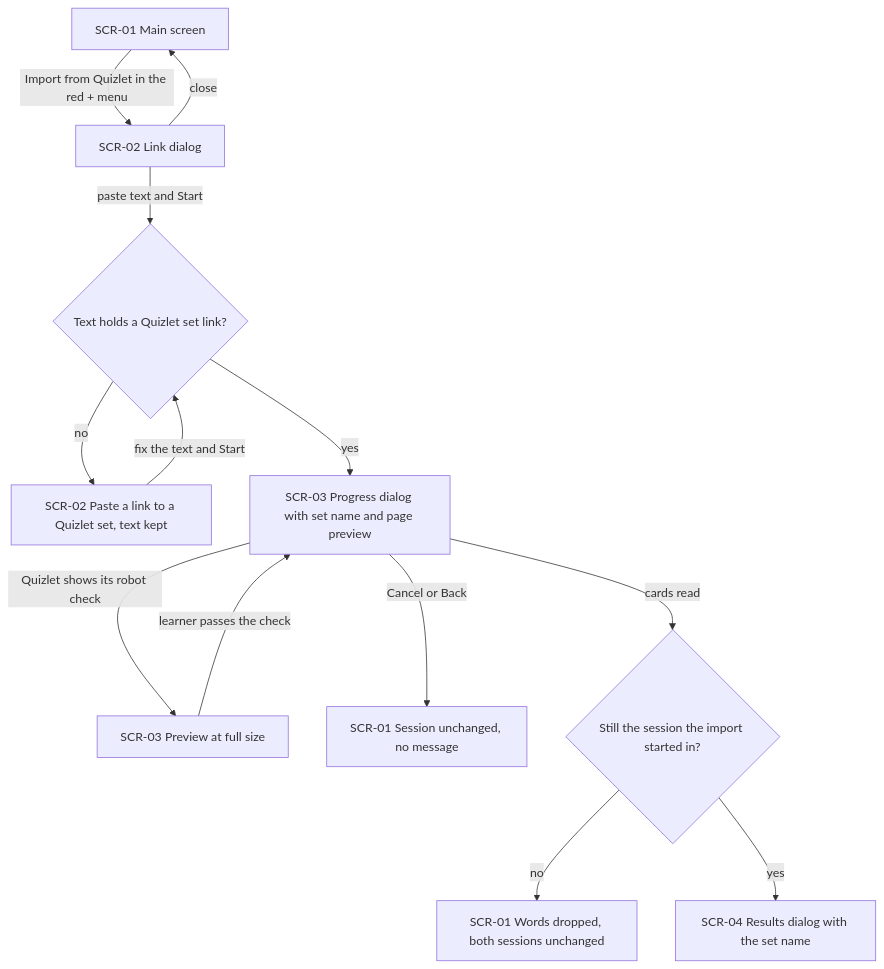
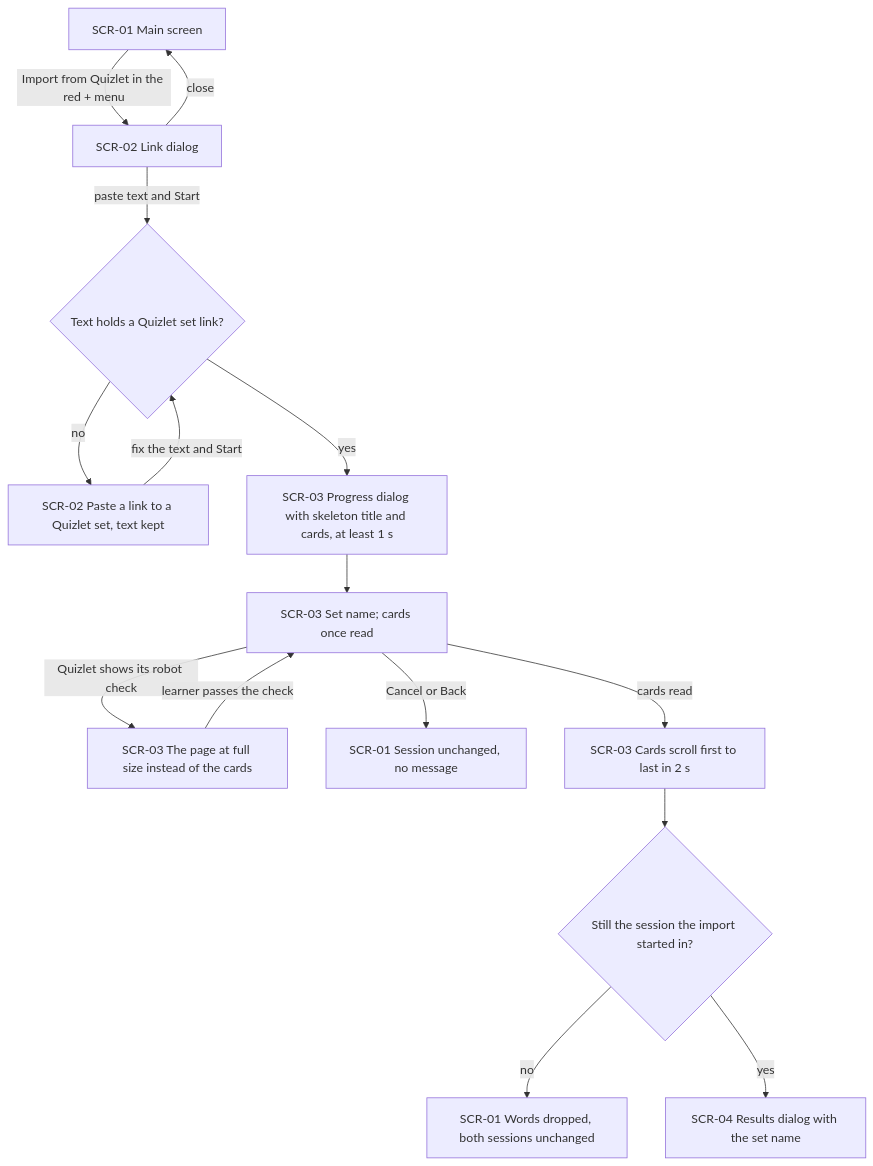
One commit to mlevytskiy/flutter_vocabulary_app changed the first of 6 diagrams in docs/features/import-from-quizlet/ux-flows.md. Above: the diagram before and after it, drawn with Mermaid. The commit also changed other lines of this file and 41 other files, not shown here.

First line of the commit message:
feat(import-from-quizlet): Apply the owner reviews (T18, T19)

````diff
--- a/docs/features/import-from-quizlet/ux-flows.md
+++ b/docs/features/import-from-quizlet/ux-flows.md
@@ -41,15 +43,17 @@
 ```mermaid
 flowchart TD
     A[SCR-01 Main screen] -->|Import from Quizlet in the red + menu| B[SCR-02 Link dialog]
     B -->|close| A
     B -->|paste text and Start| V{Text holds a Quizlet set link?}
     V -->|no| E1[SCR-02 Paste a link to a Quizlet set, text kept]
     E1 -->|fix the text and Start| V
-    V -->|yes| P[SCR-03 Progress dialog with set name and page preview]
-    P -->|Quizlet shows its robot check| C[SCR-03 Preview at full size]
+    V -->|yes| K[SCR-03 Progress dialog with skeleton title and cards, at least 1 s]
+    K --> P[SCR-03 Set name; cards once read]
+    P -->|Quizlet shows its robot check| C[SCR-03 The page at full size instead of the cards]
     C -->|learner passes the check| P
     P -->|Cancel or Back| Q[SCR-01 Session unchanged, no message]
-    P -->|cards read| S{Still the session the import started in?}
+    P -->|cards read| AS[SCR-03 Cards scroll first to last in 2 s]
+    AS --> S{Still the session the import started in?}
     S -->|no| X[SCR-01 Words dropped, both sessions unchanged]
     S -->|yes| R[SCR-04 Results dialog with the set name]
 ```
````
